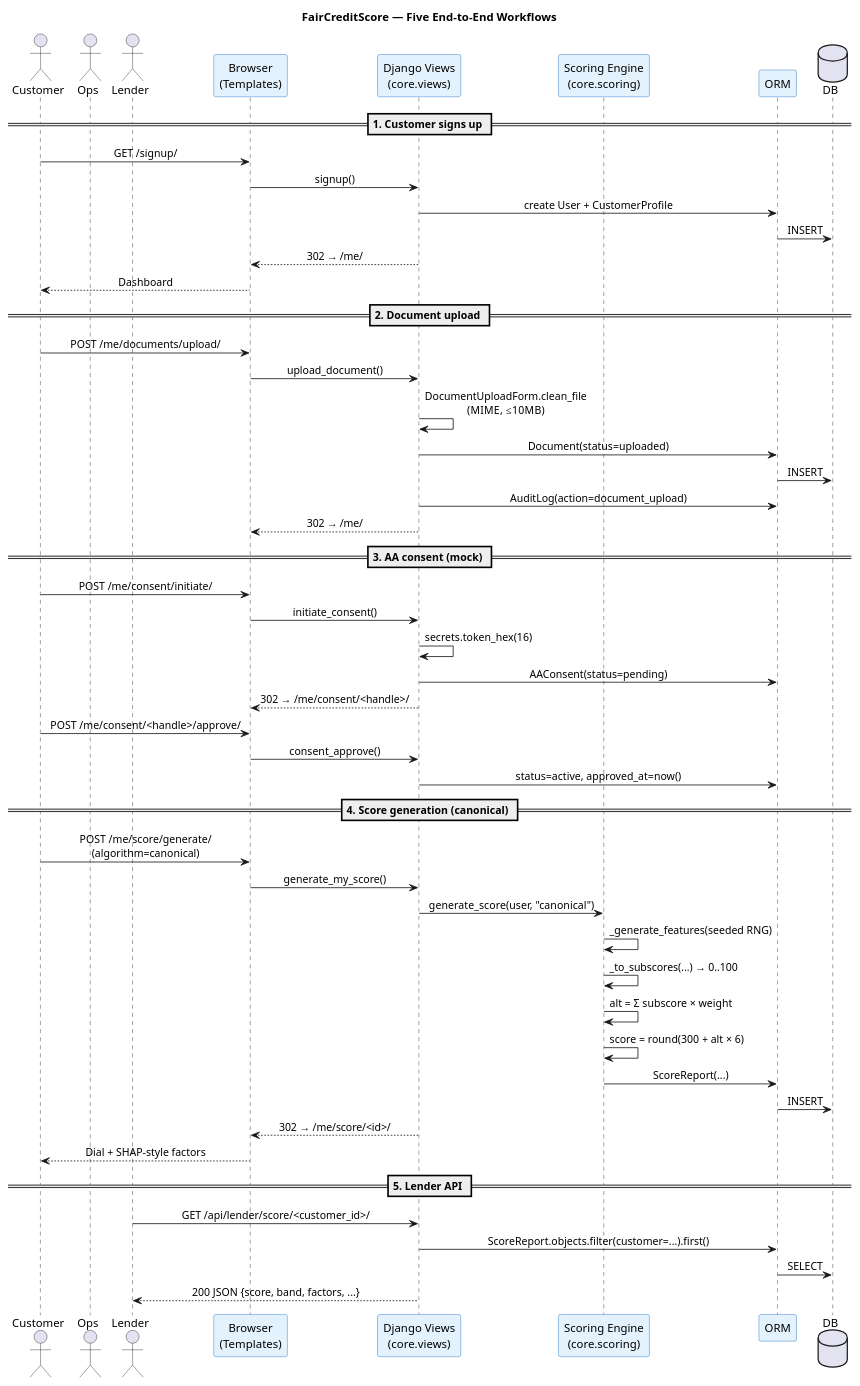
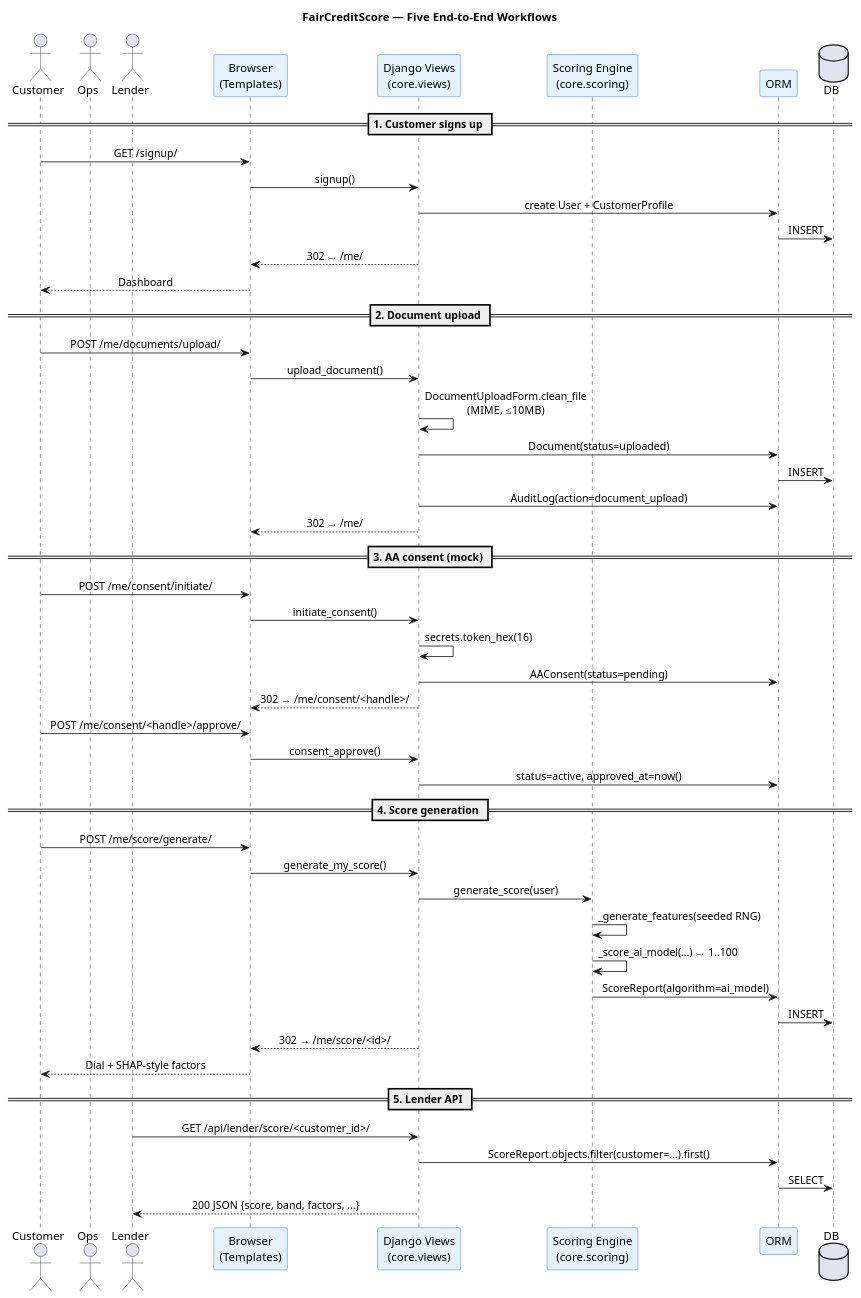
The diagram in docs/FairCreditScore_Architecture/diagrams/02_sequence_diagram.puml (subhajit4980/FairCreditAI_MVP), drawn with PlantUML before and after one commit. The commit also changed 17 other files, not shown here.

```diff
--- a/docs/FairCreditScore_Architecture/diagrams/02_sequence_diagram.puml
+++ b/docs/FairCreditScore_Architecture/diagrams/02_sequence_diagram.puml
@@ -1,64 +1,62 @@
 @startuml 02_sequence_diagram
 title FairCreditScore — Five End-to-End Workflows
 
 skinparam shadowing false
 skinparam SequenceMessageAlignment center
 skinparam ParticipantBackgroundColor #E3F2FD
 skinparam ParticipantBorderColor #1565C0
 
 actor Customer
 actor Ops
 actor Lender
 participant "Browser\n(Templates)" as UI
 participant "Django Views\n(core.views)" as Views
 participant "Scoring Engine\n(core.scoring)" as Scoring
 participant "ORM" as ORM
 database "DB" as DB
 
 == 1. Customer signs up ==
 Customer -> UI : GET /signup/
 UI -> Views : signup()
 Views -> ORM : create User + CustomerProfile
 ORM -> DB : INSERT
 Views --> UI : 302 → /me/
 UI --> Customer : Dashboard
 
 == 2. Document upload ==
 Customer -> UI : POST /me/documents/upload/
 UI -> Views : upload_document()
 Views -> Views : DocumentUploadForm.clean_file\n(MIME, ≤10MB)
 Views -> ORM : Document(status=uploaded)
 ORM -> DB : INSERT
 Views -> ORM : AuditLog(action=document_upload)
 Views --> UI : 302 → /me/
 
 == 3. AA consent (mock) ==
 Customer -> UI : POST /me/consent/initiate/
 UI -> Views : initiate_consent()
 Views -> Views : secrets.token_hex(16)
 Views -> ORM : AAConsent(status=pending)
 Views --> UI : 302 → /me/consent/<handle>/
 Customer -> UI : POST /me/consent/<handle>/approve/
 UI -> Views : consent_approve()
 Views -> ORM : status=active, approved_at=now()
 
-== 4. Score generation (canonical) ==
-Customer -> UI : POST /me/score/generate/\n(algorithm=canonical)
+== 4. Score generation ==
+Customer -> UI : POST /me/score/generate/
 UI -> Views : generate_my_score()
-Views -> Scoring : generate_score(user, "canonical")
+Views -> Scoring : generate_score(user)
 Scoring -> Scoring : _generate_features(seeded RNG)
-Scoring -> Scoring : _to_subscores(...) → 0..100
-Scoring -> Scoring : alt = Σ subscore × weight
-Scoring -> Scoring : score = round(300 + alt × 6)
-Scoring -> ORM : ScoreReport(...)
+Scoring -> Scoring : _score_ai_model(...) → 1..100
+Scoring -> ORM : ScoreReport(algorithm=ai_model)
 ORM -> DB : INSERT
 Views --> UI : 302 → /me/score/<id>/
 UI --> Customer : Dial + SHAP-style factors
 
 == 5. Lender API ==
 Lender -> Views : GET /api/lender/score/<customer_id>/
 Views -> ORM : ScoreReport.objects.filter(customer=...).first()
 ORM -> DB : SELECT
 Views --> Lender : 200 JSON {score, band, factors, ...}
 
 @enduml
```
